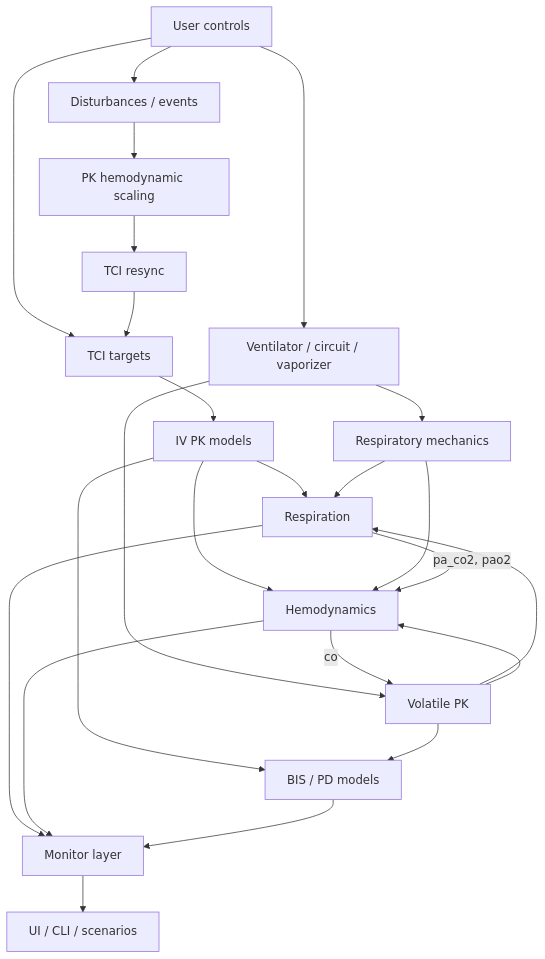
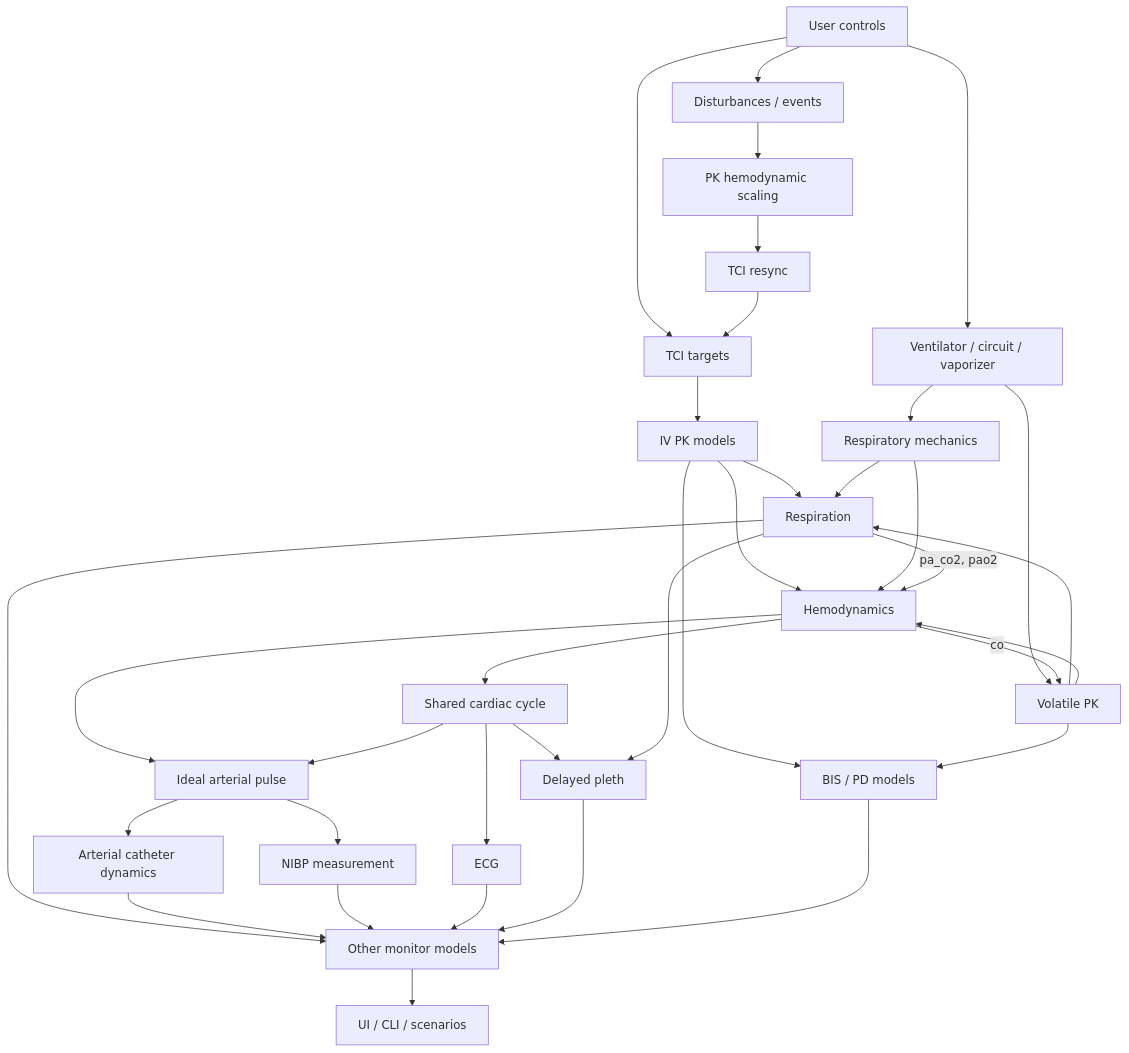
The diagram in docs/ARCHITECTURE.md (robchiral/AnaSim), drawn with Mermaid before and after one commit. The commit also changed other lines of this file and 29 other files, not shown here.

Commit message:
Refactor arterial monitoring and cardiac cycle components

````diff
--- a/docs/ARCHITECTURE.md
+++ b/docs/ARCHITECTURE.md
@@ -92,31 +102,42 @@
 ```mermaid
 flowchart TD
     USER[User controls] --> DIST[Disturbances / events]
     USER --> TCI[TCI targets]
     USER --> MACHINE[Ventilator / circuit / vaporizer]
 
     DIST --> PKSCALE[PK hemodynamic scaling]
     PKSCALE --> TCISYNC[TCI resync]
     TCISYNC --> TCI
 
     TCI --> PKIV[IV PK models]
     MACHINE --> PKVOL[Volatile PK]
     MACHINE --> MECH[Respiratory mechanics]
 
     PKIV --> RESP[Respiration]
     PKIV --> HEMO[Hemodynamics]
     PKIV --> BIS[BIS / PD models]
     PKVOL --> RESP
     PKVOL --> HEMO
     PKVOL --> BIS
 
     MECH --> RESP
     MECH --> HEMO
     RESP -->|pa_co2, pao2| HEMO
     HEMO -->|co| PKVOL
 
-    RESP --> MON[Monitor layer]
-    HEMO --> MON
+    RESP --> MON[Other monitor models]
+    HEMO --> CYCLE[Shared cardiac cycle]
+    HEMO --> PULSE[Ideal arterial pulse]
+    CYCLE --> ECG[ECG]
+    CYCLE --> PULSE
+    CYCLE --> PLETH[Delayed pleth]
+    PULSE --> ART[Arterial catheter dynamics]
+    PULSE --> NIBP[NIBP measurement]
+    RESP --> PLETH
+    ART --> MON
+    NIBP --> MON
+    ECG --> MON
+    PLETH --> MON
     BIS --> MON
     MON --> UI[UI / CLI / scenarios]
 ```
````
